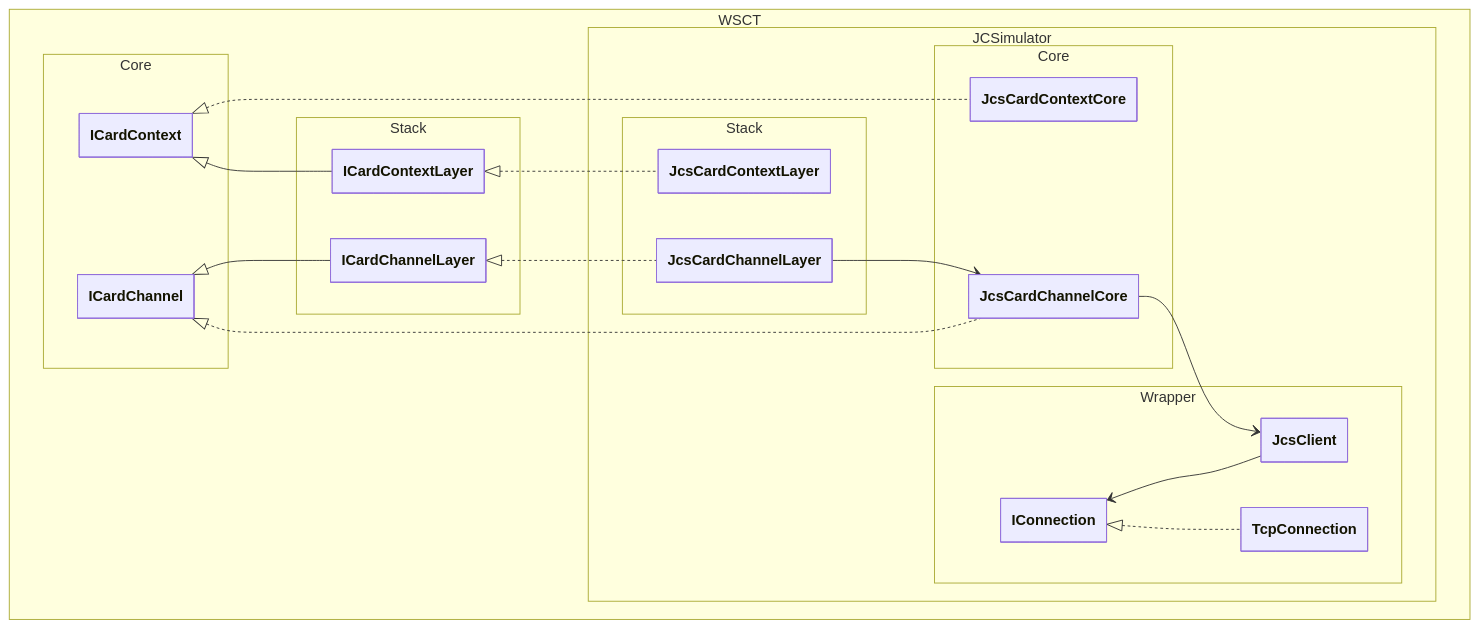
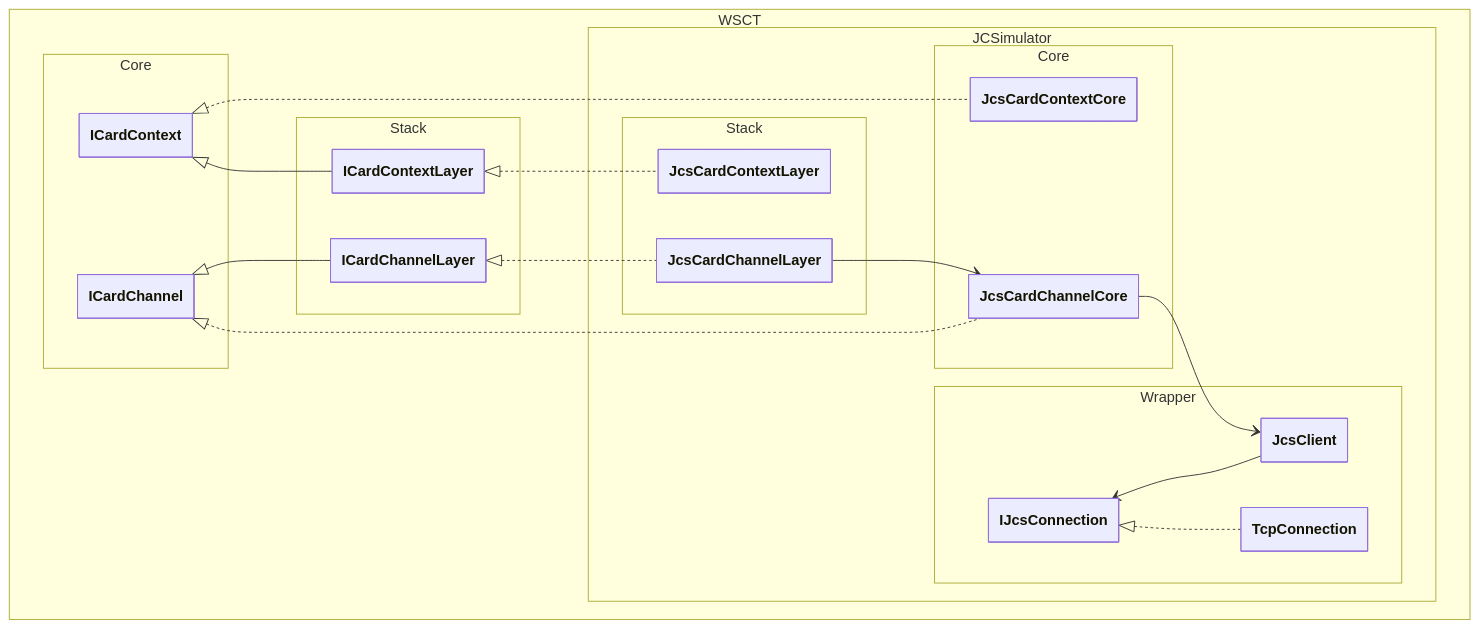
One commit to wsct/WSCT-JCSimulator changed the diagram in README.md. Above: the diagram before and after it, drawn with Mermaid. The commit also changed other lines of this file and 7 other files, not shown here.

````diff
--- a/README.md
+++ b/README.md
@@ -43,46 +43,46 @@
 ```mermaid
 ---
   config:
     class:
       hideEmptyMembersBox: true
 ---
 classDiagram
 	direction TB
 	namespace WSCT.JCSimulator.Wrapper {
 		class JcsClient
-		class IConnection 
+		class IJcsConnection 
 		class TcpConnection 
 	}
-	IConnection <-- JcsClient 
-	IConnection <|.. TcpConnection
+	IJcsConnection <-- JcsClient 
+	IJcsConnection <|.. TcpConnection
 
 	namespace WSCT.Core {
 		class ICardContext
 		class ICardChannel
 	}
 
 	namespace WSCT.JCSimulator.Core {
 		class JcsCardContextCore
 		class JcsCardChannelCore
 	}
 	ICardContext <|.. JcsCardContextCore
 	ICardChannel <|.. JcsCardChannelCore
 	JcsCardChannelCore --> JcsClient
 
 	namespace WSCT.Stack {
 		class ICardContextLayer
 		class ICardChannelLayer
 	}
 
 	namespace WSCT.JCSimulator.Stack {
 		class JcsCardContextLayer
 		class JcsCardChannelLayer
 	}
 
 	ICardContextLayer <|.. JcsCardContextLayer
 	ICardChannelLayer <|.. JcsCardChannelLayer
 	ICardContext <|-- ICardContextLayer
 	ICardChannel <|-- ICardChannelLayer
 	JcsCardChannelLayer --> JcsCardChannelCore
 
 ```
````
